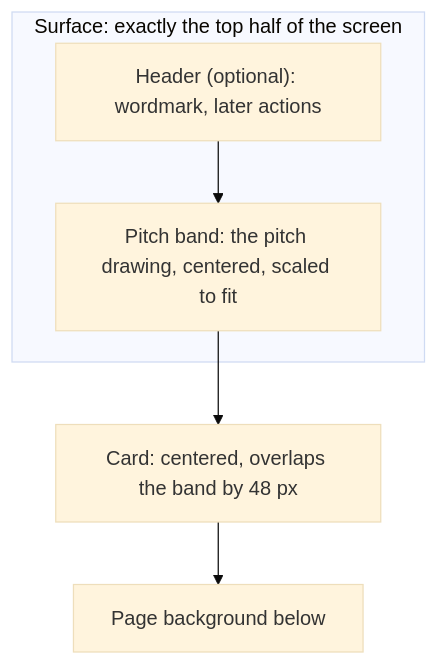
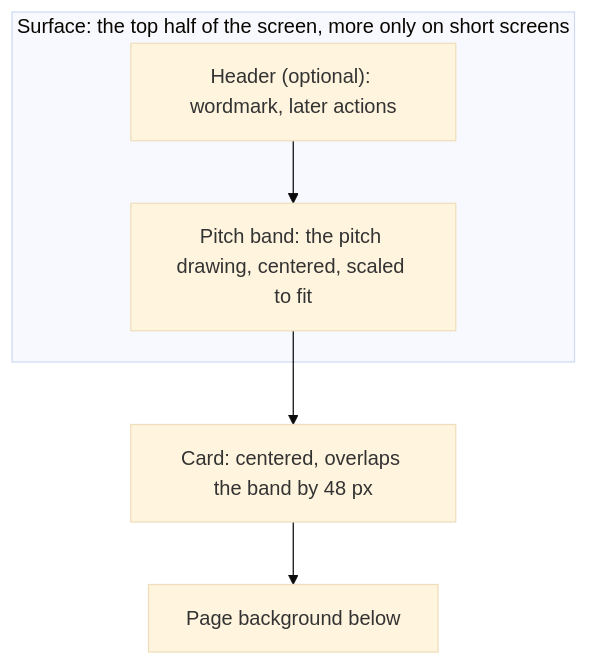
Before and after one commit to football-toolkit/squadhopper: the diagram in superpowers/38-visual-identity/design.md, drawn with Mermaid (base theme). The commit also changed other lines of this file and 1 other file, not shown here.

````diff
--- a/superpowers/38-visual-identity/design.md
+++ b/superpowers/38-visual-identity/design.md
@@ -116,10 +116,10 @@
 ```mermaid
 flowchart TD
-    subgraph S["Surface: exactly the top half of the screen"]
+    subgraph S["Surface: the top half of the screen, more only on short screens"]
         H["Header (optional): wordmark, later actions"]
         B["Pitch band: the pitch drawing, centered, scaled to fit"]
     end
     C["Card: centered, overlaps the band by 48 px"]
     P["Page background below"]
     H --> B --> C --> P
 ```
````
